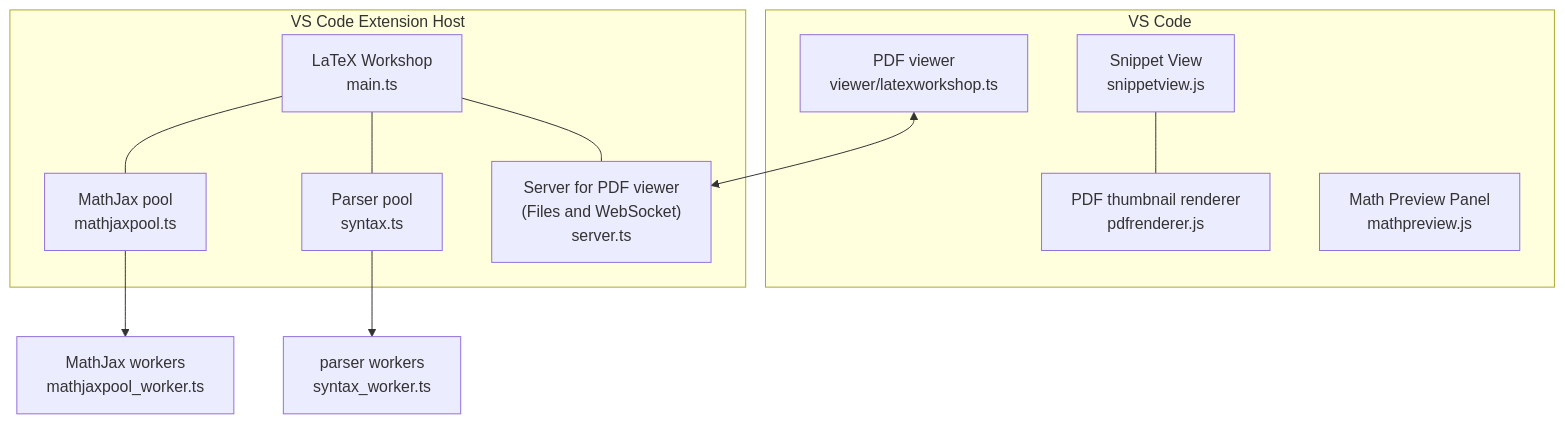
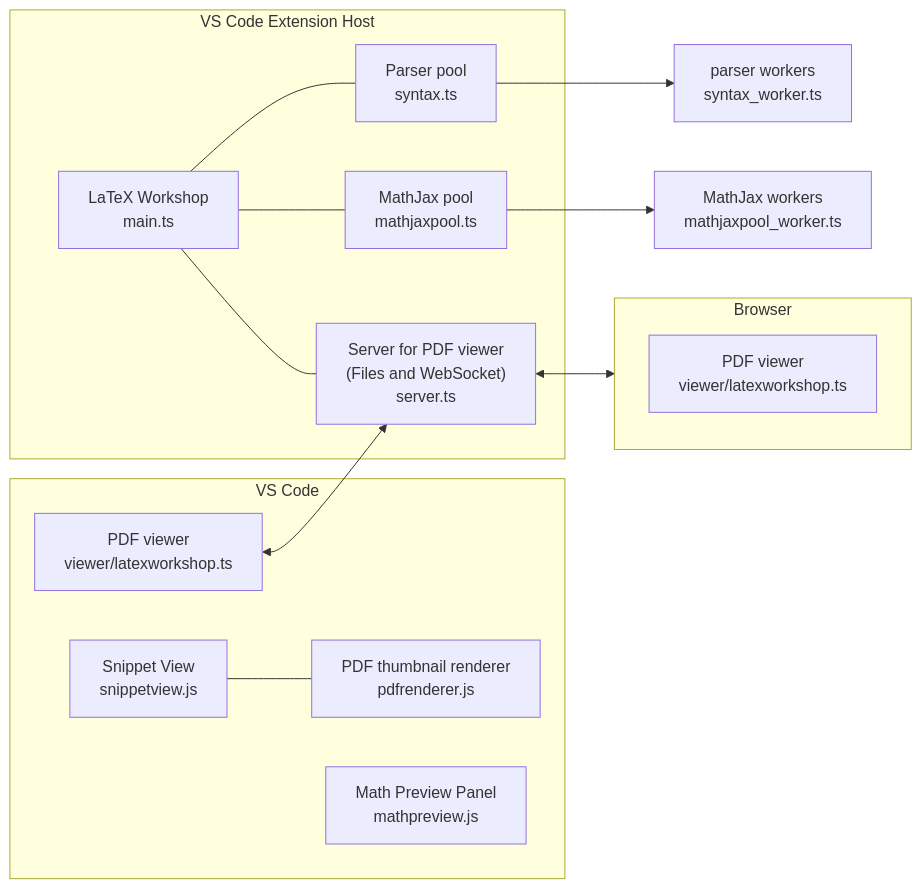
The diagram in src/README.md (James-Yu/LaTeX-Workshop), drawn with Mermaid before and after one commit. The commit also changed 1 other file, not shown here.

Commit message:
Edit a diagram [skip ci]

````diff
--- a/src/README.md
+++ b/src/README.md
@@ -33,26 +33,32 @@
 ```mermaid
-flowchart TB;
+flowchart LR
   subgraph VSCode["VS Code"]
     PDFViewer["PDF viewer\n viewer/latexworkshop.ts"]
     SnippetView["Snippet View\n snippetview.js"] --- PDFRenderer["PDF thumbnail renderer\n pdfrenderer.js"]
     MathPreview["Math Preview Panel\n mathpreview.js"]
   end
   subgraph ExtensionHost["VS Code Extension Host"]
-    LW["LaTeX Workshop\n main.ts"] --- Server["Server for PDF viewer \n(Files and WebSocket)\n server.ts "];
-    PDFViewer <--> Server
+    LW["LaTeX Workshop\n main.ts"]
+    LW --- Server["Server for PDF viewer \n(Files and WebSocket)\n server.ts "];
     LW --- ParserPool["Parser pool\n syntax.ts"]
     LW --- MathJaxPool["MathJax pool\n mathjaxpool.ts"]
+  end
+  PDFViewer <--> Server
+  Server <--> Browser
+  subgraph Browser
+    PDFViewerB["PDF viewer\n viewer/latexworkshop.ts"]
   end
   ParserPool --> ParserWorkers["parser workers\n syntax_worker.ts"]
   MathJaxPool --> MathJaxWorkers["MathJax workers\n mathjaxpool_worker.ts "]
   click PDFViewer "https://github.com/James-Yu/LaTeX-Workshop/blob/master/viewer/latexworkshop.ts"
+  click PDFViewerB "https://github.com/James-Yu/LaTeX-Workshop/blob/master/viewer/latexworkshop.ts"
   click SnippetView "https://github.com/James-Yu/LaTeX-Workshop/blob/master/resources/snippetview/snippetview.js"
   click PDFRenderer "https://github.com/James-Yu/LaTeX-Workshop/blob/master/resources/snippetview/pdfrenderer.js"
   click MathPreview "https://github.com/James-Yu/LaTeX-Workshop/blob/master/resources/mathpreviewpanel/mathpreview.js"
   click LW "https://github.com/James-Yu/LaTeX-Workshop/blob/master/src/main.ts"
   click Server "https://github.com/James-Yu/LaTeX-Workshop/blob/master/src/components/server.ts"
   click ParserPool "https://github.com/James-Yu/LaTeX-Workshop/blob/master/src/components/parser/syntax.ts"
   click MathJaxPool "https://github.com/James-Yu/LaTeX-Workshop/blob/master/src/providers/preview/mathjaxpool.ts"
   click ParserWorkers "https://github.com/James-Yu/LaTeX-Workshop/blob/master/src/components/parser/syntax_worker.ts"
   click MathJaxWorkers "https://github.com/James-Yu/LaTeX-Workshop/blob/master/src/providers/preview/mathjaxpool_worker.ts"
 ```
````
